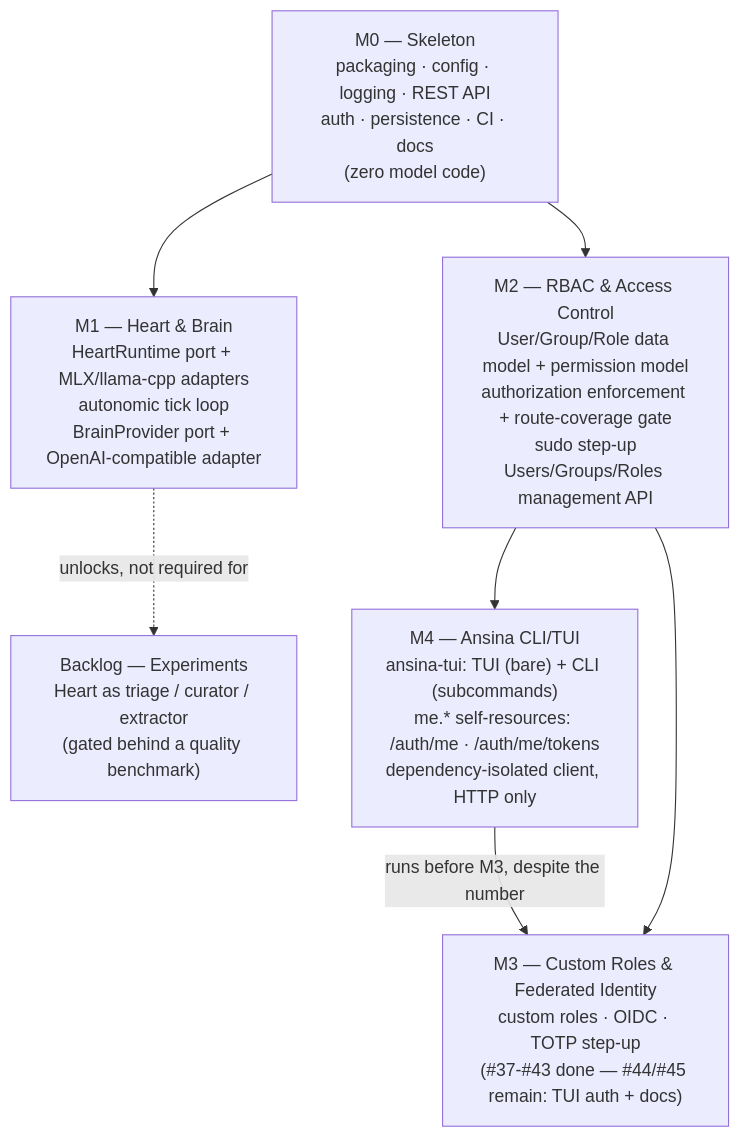
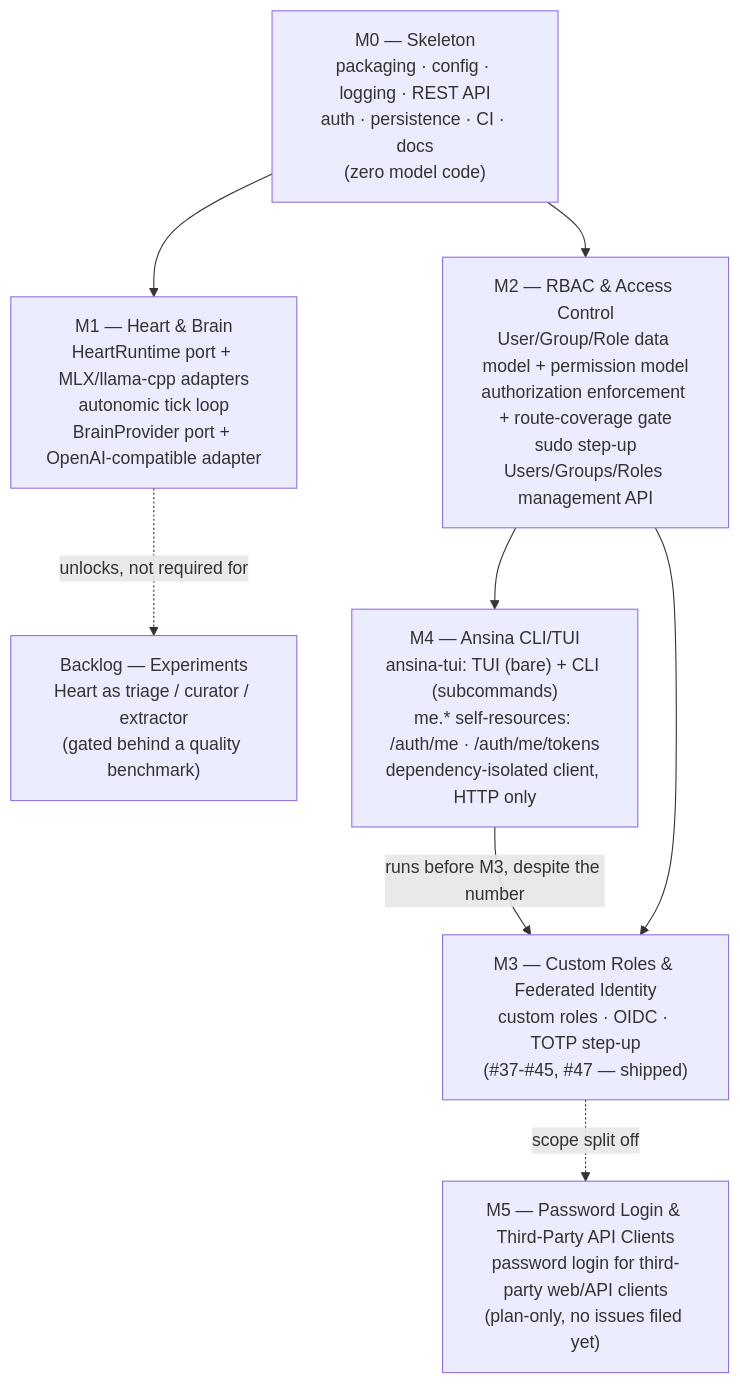
The second of 2 diagrams in docs/architecture/blueprint.md (giacchetta/ansina), drawn with Mermaid before and after one commit. The commit also changed other lines of this file and 2 other files, not shown here.

Commit message:
docs: M3 docs & milestone alignment: README, blueprint, AGENTS.md, milestone body

````diff
--- a/docs/architecture/blueprint.md
+++ b/docs/architecture/blueprint.md
@@ -190,15 +190,17 @@
 ```mermaid
 flowchart TD
     M0["M0 — Skeleton\npackaging · config · logging · REST API\nauth · persistence · CI · docs\n(zero model code)"]
     M1["M1 — Heart & Brain\nHeartRuntime port + MLX/llama-cpp adapters\nautonomic tick loop\nBrainProvider port + OpenAI-compatible adapter"]
     M2["M2 — RBAC & Access Control\nUser/Group/Role data model + permission model\nauthorization enforcement + route-coverage gate\nsudo step-up\nUsers/Groups/Roles management API"]
     M4["M4 — Ansina CLI/TUI\nansina-tui: TUI (bare) + CLI (subcommands)\nme.* self-resources: /auth/me · /auth/me/tokens\ndependency-isolated client, HTTP only"]
-    M3["M3 — Custom Roles & Federated Identity\ncustom roles · OIDC · TOTP step-up\n(#37-#43 done — #44/#45 remain: TUI auth + docs)"]
+    M3["M3 — Custom Roles & Federated Identity\ncustom roles · OIDC · TOTP step-up\n(#37-#45, #47 — shipped)"]
+    M5["M5 — Password Login & Third-Party API Clients\npassword login for third-party web/API clients\n(plan-only, no issues filed yet)"]
     BL["Backlog — Experiments\nHeart as triage / curator / extractor\n(gated behind a quality benchmark)"]
     M0 --> M1
     M0 --> M2
     M2 --> M4
     M4 -->|"runs before M3, despite the number"| M3
     M2 --> M3
+    M3 -.scope split off.-> M5
     M1 -.unlocks, not required for.-> BL
 ```
````
